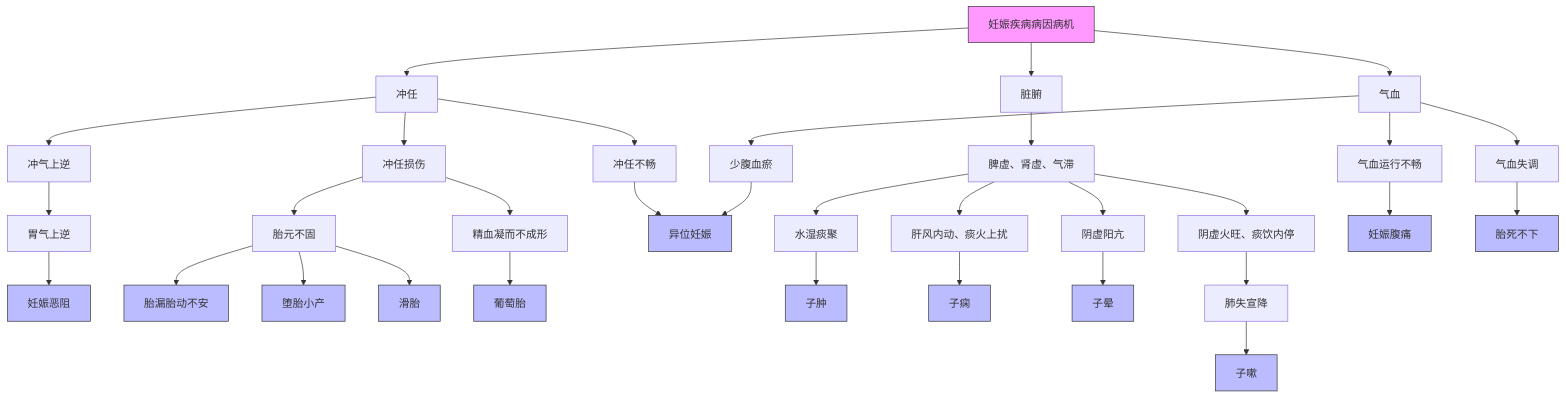
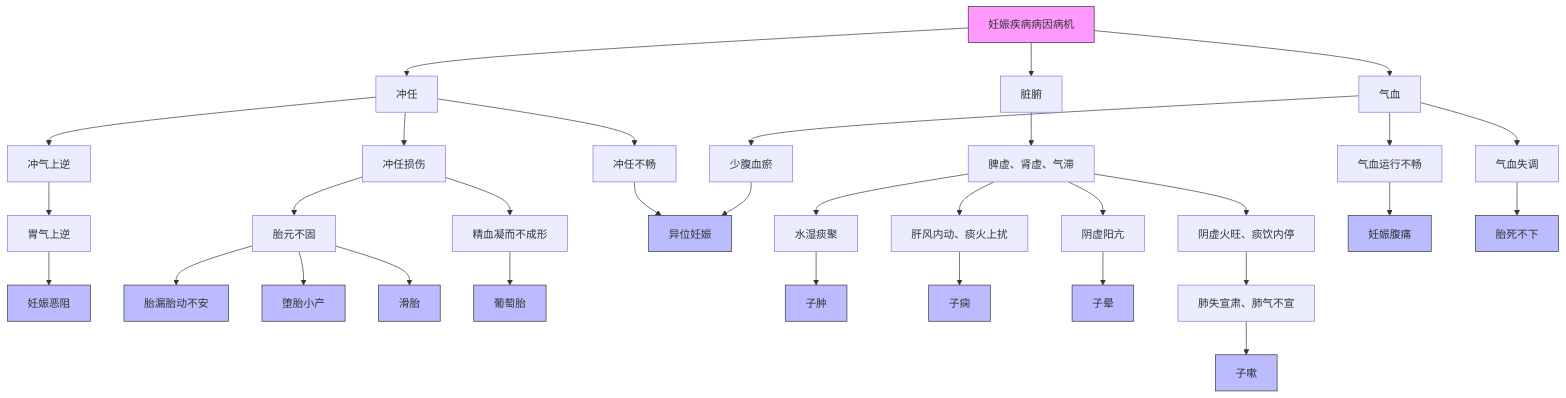
The diagram in all/未命名.md (lili23755/iodraw-files), drawn with Mermaid before and after one commit.

Commit message:
2025-04-04 11:16:38 update

````diff
--- a/all/未命名.md
+++ b/all/未命名.md
@@ -1,35 +1,35 @@
 ```mermaid
 flowchart TD
     A[妊娠疾病病因病机] --> B[冲任]
     A --> C[脏腑]
     A --> D[气血]
     
     B --> B1[冲气上逆]--> B1a[胃气上逆]--> 妊娠恶阻
     B --> B2[冲任损伤] --> B2a[胎元不固] -->胎漏胎动不安 & 堕胎小产 & 滑胎
     B2[冲任损伤] --> B2b[精血凝而不成形] -->葡萄胎 
     B --> B3[冲任不畅] --> 异位妊娠
     
     C --> C1[脾虚、肾虚、气滞] --> C1a[水湿痰聚] --> 子肿
     C1 --> C1b[肝风内动、痰火上扰] --> 子痫
     C1 --> C1c[阴虚阳亢] --> 子晕
-    C1 --> C1d[阴虚火旺、痰饮内停]--> C1d1[肺失宣降] --> 子嗽
+    C1 --> C1d[阴虚火旺、痰饮内停]--> C1d1[肺失宣肃、肺气不宣] --> 子嗽
     
     D --> D1[气血运行不畅] --> 妊娠腹痛
     D --> D2[气血失调] --> 胎死不下
     D --> D3[少腹血瘀] --> 异位妊娠
 
     style A fill:#f9f,stroke:#333
     style 妊娠恶阻 fill:#bbf,stroke:#333
     style 堕胎小产 fill:#bbf,stroke:#333
     style 滑胎 fill:#bbf,stroke:#333
     style 异位妊娠 fill:#bbf,stroke:#333
     style 子肿 fill:#bbf,stroke:#333
     style 子痫 fill:#bbf,stroke:#333
     style 胎漏胎动不安 fill:#bbf,stroke:#333
     style 胎死不下 fill:#bbf,stroke:#333
     style 妊娠腹痛 fill:#bbf,stroke:#333
     style 葡萄胎 fill:#bbf,stroke:#333
     style 子晕 fill:#bbf,stroke:#333
     style 子嗽 fill:#bbf,stroke:#333
 	  
 ```
````
